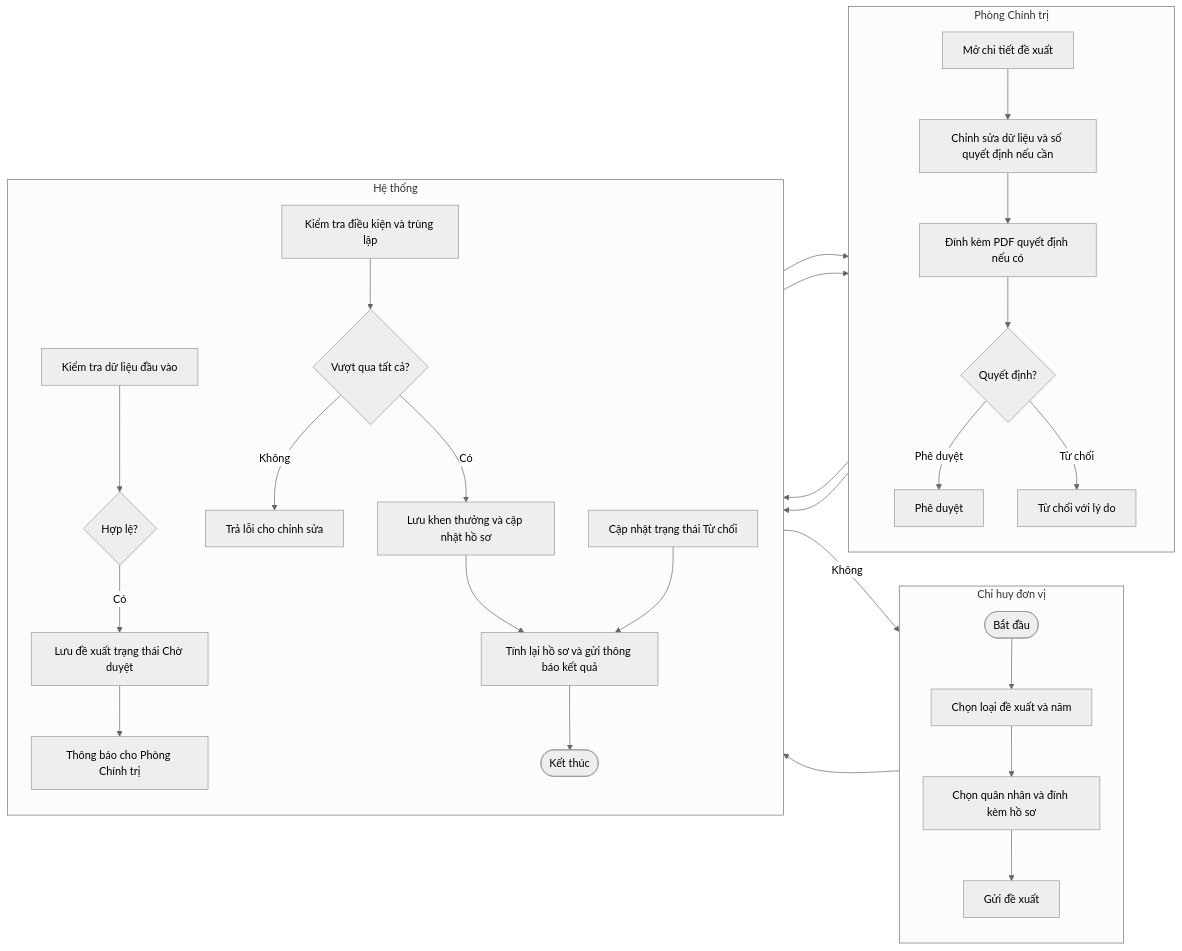
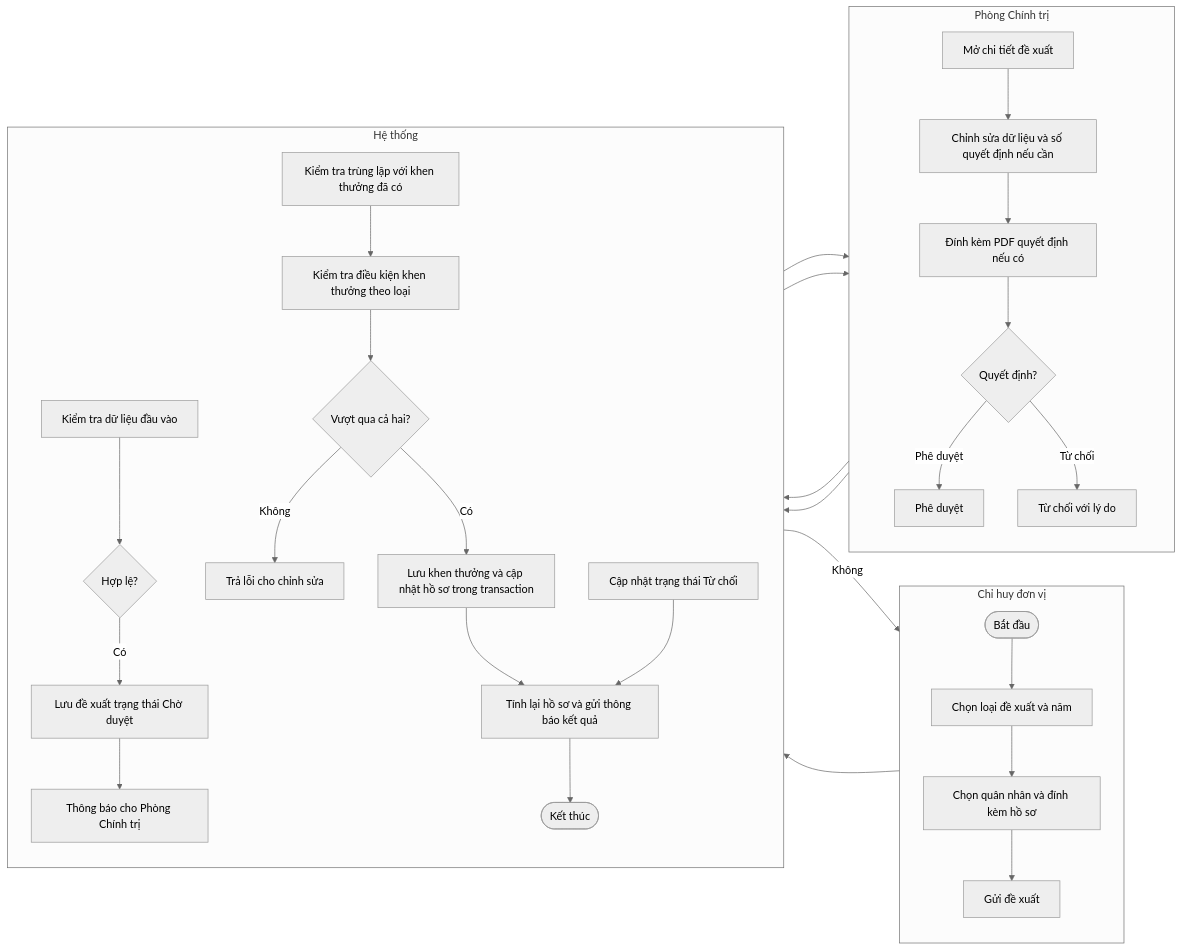
One commit to tranducbk/DATN_PM_QLKT changed the fourth of 8 diagrams in docs/diagrams/02-activity.md. Above: the diagram before and after it, drawn with Mermaid (neutral theme). The commit also changed other lines of this file and 69 other files, not shown here.

````diff
--- a/docs/diagrams/02-activity.md
+++ b/docs/diagrams/02-activity.md
@@ -94,41 +94,42 @@
 ```mermaid
 flowchart LR
     subgraph MG["Chỉ huy đơn vị"]
         direction TB
         Start([Bắt đầu])
         M1[Chọn loại đề xuất và năm]
         M2[Chọn quân nhân và đính kèm hồ sơ]
         M3[Gửi đề xuất]
     end
     subgraph AD["Phòng Chính trị"]
         direction TB
         A1[Mở chi tiết đề xuất]
         A2[Chỉnh sửa dữ liệu và số quyết định nếu cần]
         A3[Đính kèm PDF quyết định nếu có]
         D2{Quyết định?}
         A4[Phê duyệt]
         A5[Từ chối với lý do]
     end
     subgraph SYS["Hệ thống"]
         direction TB
         S1[Kiểm tra dữ liệu đầu vào]
         D1{Hợp lệ?}
         S2[Lưu đề xuất trạng thái Chờ duyệt]
         S3[Thông báo cho Phòng Chính trị]
-        S4[Kiểm tra điều kiện và trùng lặp]
-        D3{Vượt qua tất cả?}
+        S4a[Kiểm tra trùng lặp với khen thưởng đã có]
+        S4b[Kiểm tra điều kiện khen thưởng theo loại]
+        D3{Vượt qua cả hai?}
         S5[Trả lỗi cho chỉnh sửa]
-        S6[Lưu khen thưởng và cập nhật hồ sơ]
+        S6[Lưu khen thưởng và cập nhật hồ sơ trong transaction]
         S7[Tính lại hồ sơ và gửi thông báo kết quả]
         S8[Cập nhật trạng thái Từ chối]
         End([Kết thúc])
     end
 
     Start --> M1 --> M2 --> M3 --> S1 --> D1
     D1 -- Không --> M2
     D1 -- Có --> S2 --> S3 --> A1 --> A2 --> A3 --> D2
-    D2 -- Phê duyệt --> A4 --> S4 --> D3
+    D2 -- Phê duyệt --> A4 --> S4a --> S4b --> D3
     D3 -- Không --> S5 --> A2
     D3 -- Có --> S6 --> S7 --> End
     D2 -- Từ chối --> A5 --> S8 --> S7
 ```
````
